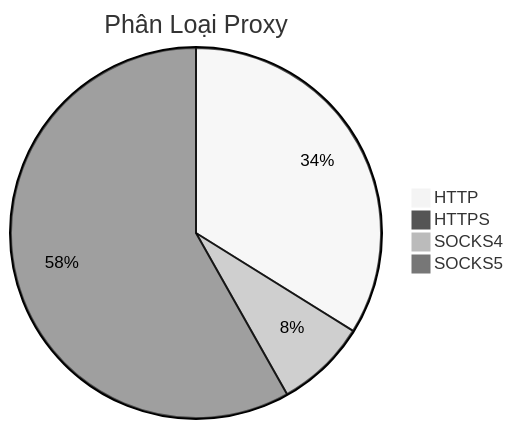
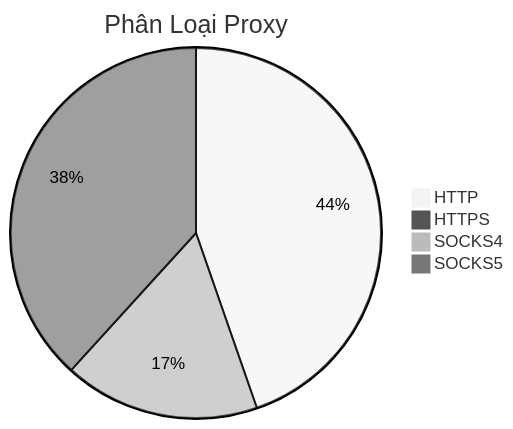
One commit to Ciara-Aa/PROXY-free changed the diagram in README.md. Above: the diagram before and after it, drawn with Mermaid (neutral theme). The commit also changed other lines of this file and 4 other files, not shown here.

````diff
--- a/README.md
+++ b/README.md
@@ -26,7 +26,7 @@
 ```mermaid
 pie title Phân Loại Proxy
-    "HTTP" : 294
+    "HTTP" : 306
     "HTTPS" : 5
-    "SOCKS4" : 69
-    "SOCKS5" : 505
+    "SOCKS4" : 117
+    "SOCKS5" : 262
 ```
````
